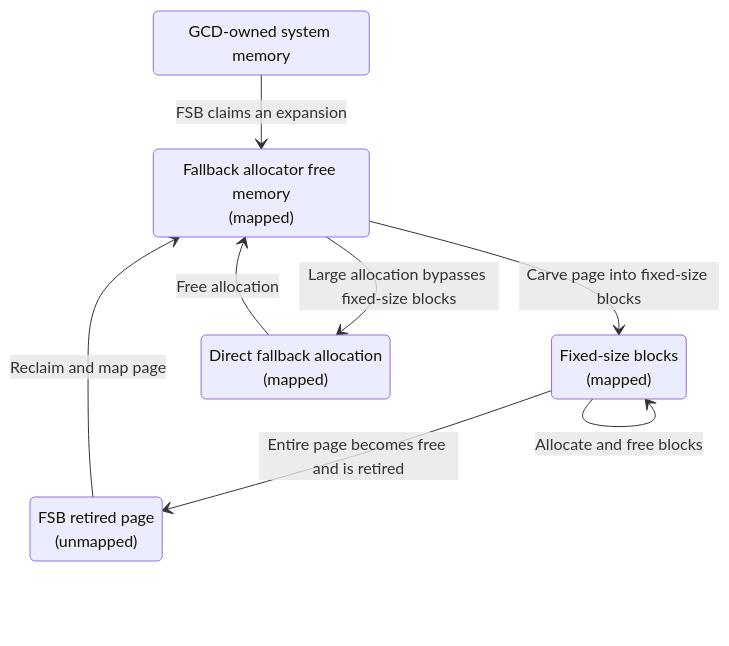
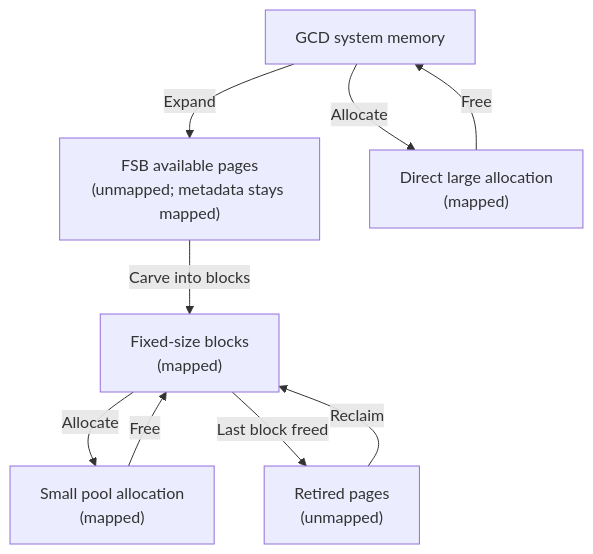
The second of 4 diagrams in docs/src/dxe_core/memory_management.md (OpenDevicePartnership/patina), drawn with Mermaid before and after one commit. The commit also changed other lines of this file and 7 other files, not shown here.

First line of the commit message:
Allocator: Unmap Non-FSB Heap Pages and Drop Allocator Crate

````diff
--- a/docs/src/dxe_core/memory_management.md
+++ b/docs/src/dxe_core/memory_management.md
@@ -84,19 +84,19 @@
 ```mermaid
-stateDiagram-v2
-  direction TB
+flowchart TB
+  GCD["GCD system memory"]
+  FSBFree["FSB available pages<br/>(unmapped; metadata stays mapped)"]
+  FixedBlocks["Fixed-size blocks<br/>(mapped)"]
+  Retired["Retired pages<br/>(unmapped)"]
+  Large["Direct large allocation<br/>(mapped)"]
+  Small["Small pool allocation<br/>(mapped)"]
 
-  state "GCD-owned system memory" as GCD
-  state "Fallback allocator free memory<br/>(mapped)" as Fallback
-  state "Fixed-size blocks<br/>(mapped)" as FixedBlocks
-  state "FSB retired page<br/>(unmapped)" as Retired
-  state "Direct fallback allocation<br/>(mapped)" as DirectAllocation
+  GCD -->|Expand| FSBFree
+  FSBFree -->|Carve into blocks| FixedBlocks
+  FixedBlocks -->|Allocate| Small
+  Small -->|Free| FixedBlocks
+  FixedBlocks -->|Last block freed| Retired
+  Retired -->|Reclaim| FixedBlocks
 
-  GCD --> Fallback: FSB claims an expansion
-  Fallback --> FixedBlocks: Carve page into fixed-size blocks
-  FixedBlocks --> FixedBlocks: Allocate and free blocks
-  FixedBlocks --> Retired: Entire page becomes free and is retired
-  Retired --> Fallback: Reclaim and map page
-
-  Fallback --> DirectAllocation: Large allocation bypasses fixed-size blocks
-  DirectAllocation --> Fallback: Free allocation
+  GCD -->|Allocate| Large
+  Large -->|Free| GCD
 ```
````
